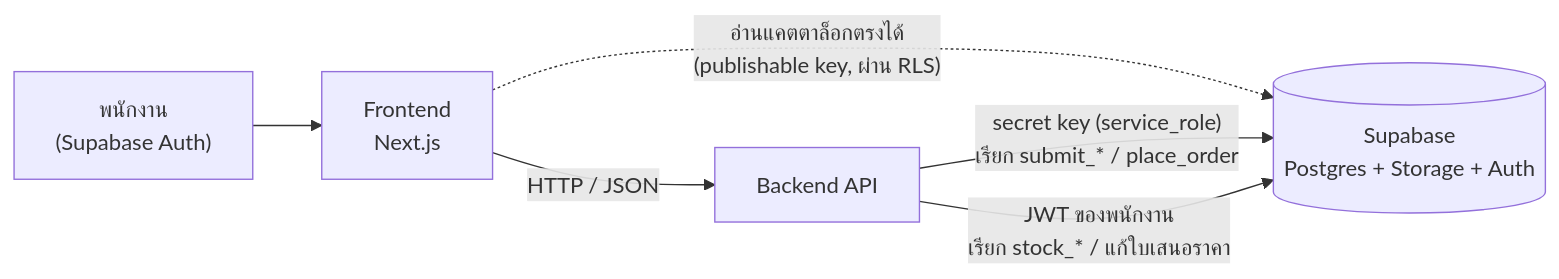
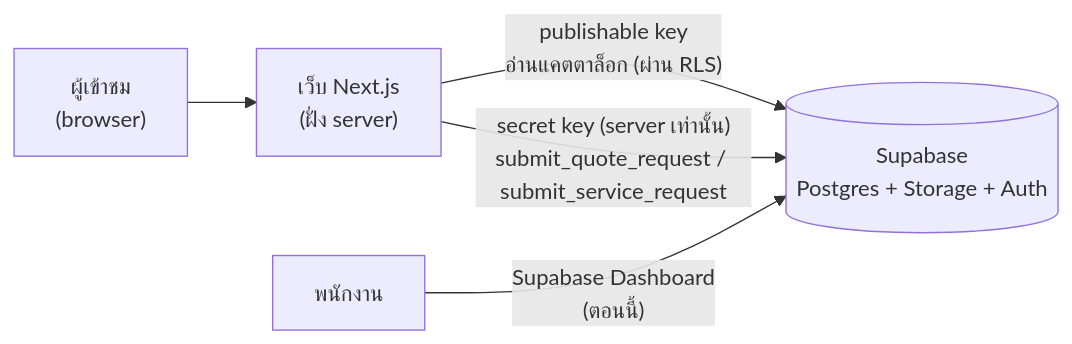
Before and after one commit to Mzknkung53/FitnessEquipmentASIA-Backend: the first of 3 diagrams in docs/database-design.md, drawn with Mermaid. The commit also changed other lines of this file and 11 other files, not shown here.

````diff
--- a/docs/database-design.md
+++ b/docs/database-design.md
@@ -9,8 +15,7 @@
 ```mermaid
 flowchart LR
-  FE["Frontend<br/>Next.js"] -->|"HTTP / JSON"| BE["Backend API"]
-  FE -.->|"อ่านแคตตาล็อกตรงได้<br/>(publishable key, ผ่าน RLS)"| SB
-  BE -->|"secret key (service_role)<br/>เรียก submit_* / place_order"| SB[("Supabase<br/>Postgres + Storage + Auth")]
-  BE -->|"JWT ของพนักงาน<br/>เรียก stock_* / แก้ใบเสนอราคา"| SB
-  STAFF["พนักงาน<br/>(Supabase Auth)"] --> FE
+  B["ผู้เข้าชม<br/>(browser)"] --> FE["เว็บ Next.js<br/>(ฝั่ง server)"]
+  FE -->|"publishable key<br/>อ่านแคตตาล็อก (ผ่าน RLS)"| SB[("Supabase<br/>Postgres + Storage + Auth")]
+  FE -->|"secret key (server เท่านั้น)<br/>submit_quote_request / submit_service_request"| SB
+  STAFF["พนักงาน"] -->|"Supabase Dashboard<br/>(ตอนนี้)"| SB
 ```
````
